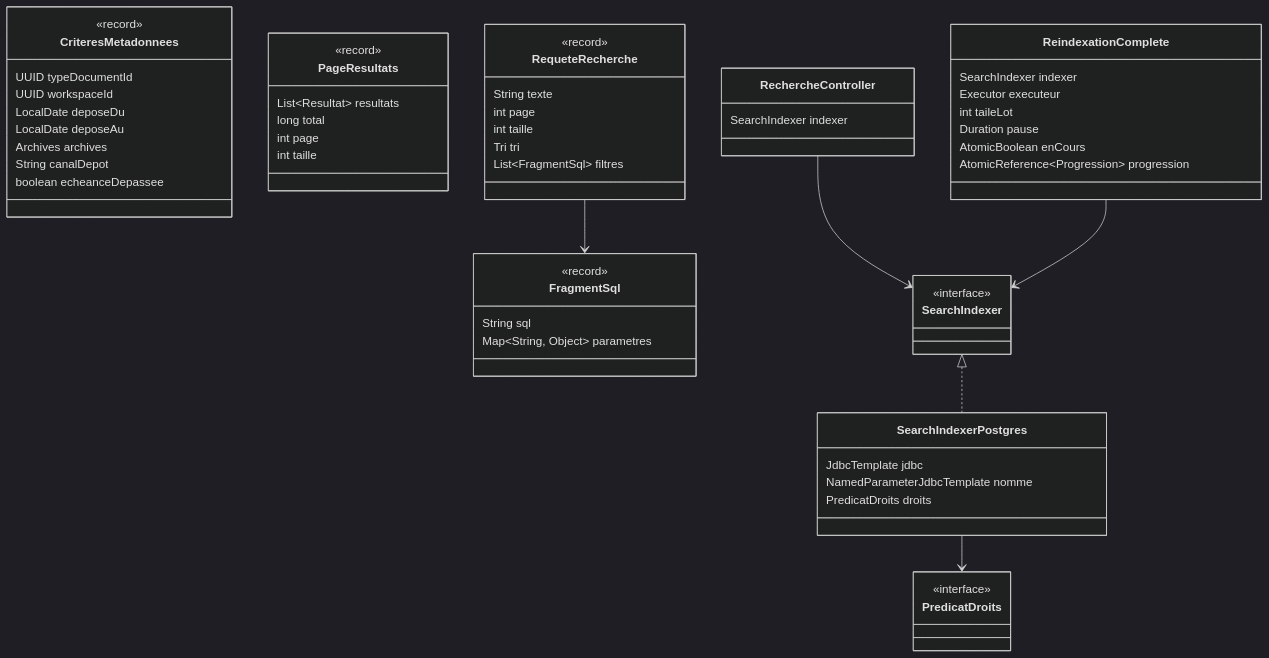
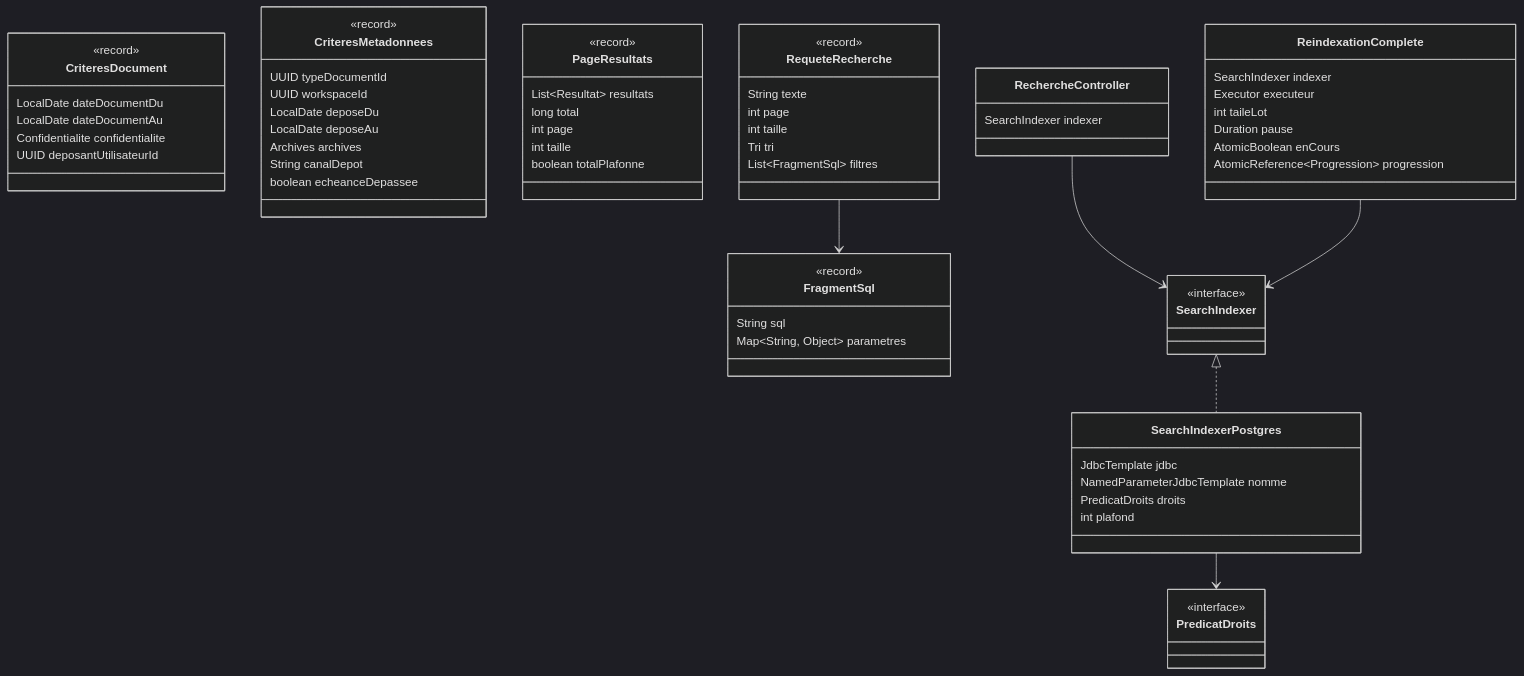
The tenth of 23 diagrams in docs/modelisation/CLASSES.md (abddou2000/GED), drawn with Mermaid (dark theme) before and after one commit. The commit also changed other lines of this file and 4 other files, not shown here.

````diff
--- a/docs/modelisation/CLASSES.md
+++ b/docs/modelisation/CLASSES.md
@@ -1421,60 +1481,69 @@
 ```mermaid
 classDiagram
+  class CriteresDocument {
+    <<record>>
+    LocalDate dateDocumentDu
+    LocalDate dateDocumentAu
+    Confidentialite confidentialite
+    UUID deposantUtilisateurId
+  }
   class CriteresMetadonnees {
     <<record>>
     UUID typeDocumentId
     UUID workspaceId
     LocalDate deposeDu
     LocalDate deposeAu
     Archives archives
     String canalDepot
     boolean echeanceDepassee
   }
   class FragmentSql {
     <<record>>
     String sql
     Map~String, Object~ parametres
   }
   class PageResultats {
     <<record>>
     List~Resultat~ resultats
     long total
     int page
     int taille
+    boolean totalPlafonne
   }
   class PredicatDroits {
     <<interface>>
   }
   class RechercheController {
     SearchIndexer indexer
   }
   class ReindexationComplete {
     SearchIndexer indexer
     Executor executeur
     int taileLot
     Duration pause
     AtomicBoolean enCours
     AtomicReference~Progression~ progression
   }
   class RequeteRecherche {
     <<record>>
     String texte
     int page
     int taille
     Tri tri
     List~FragmentSql~ filtres
   }
   class SearchIndexer {
     <<interface>>
   }
   class SearchIndexerPostgres {
     JdbcTemplate jdbc
     NamedParameterJdbcTemplate nomme
     PredicatDroits droits
+    int plafond
   }
   RechercheController --> SearchIndexer
   ReindexationComplete --> SearchIndexer
   RequeteRecherche --> FragmentSql
   SearchIndexer <|.. SearchIndexerPostgres
   SearchIndexerPostgres --> PredicatDroits
 ```
````
